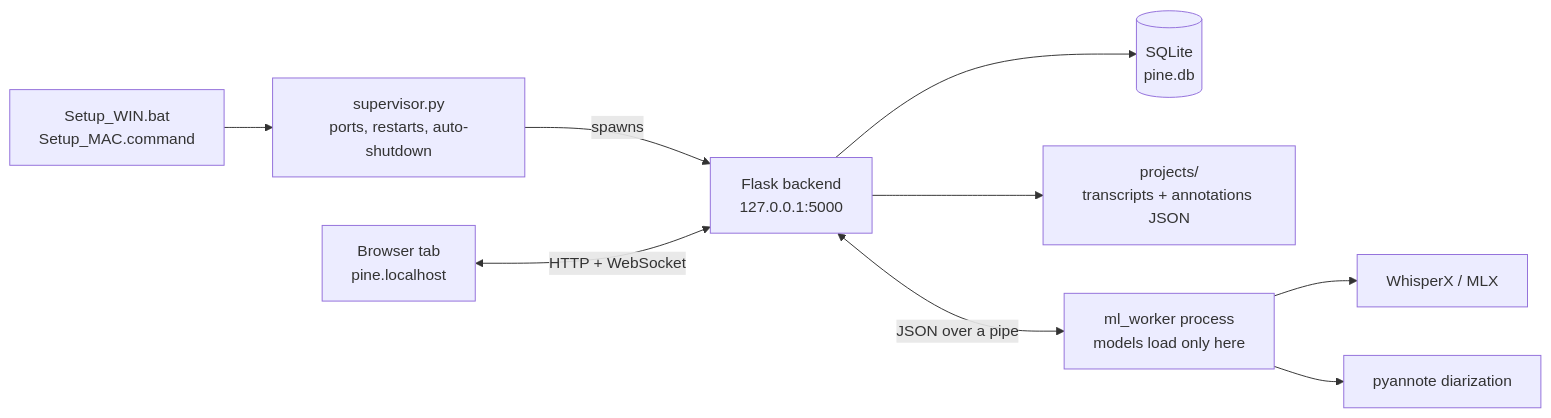
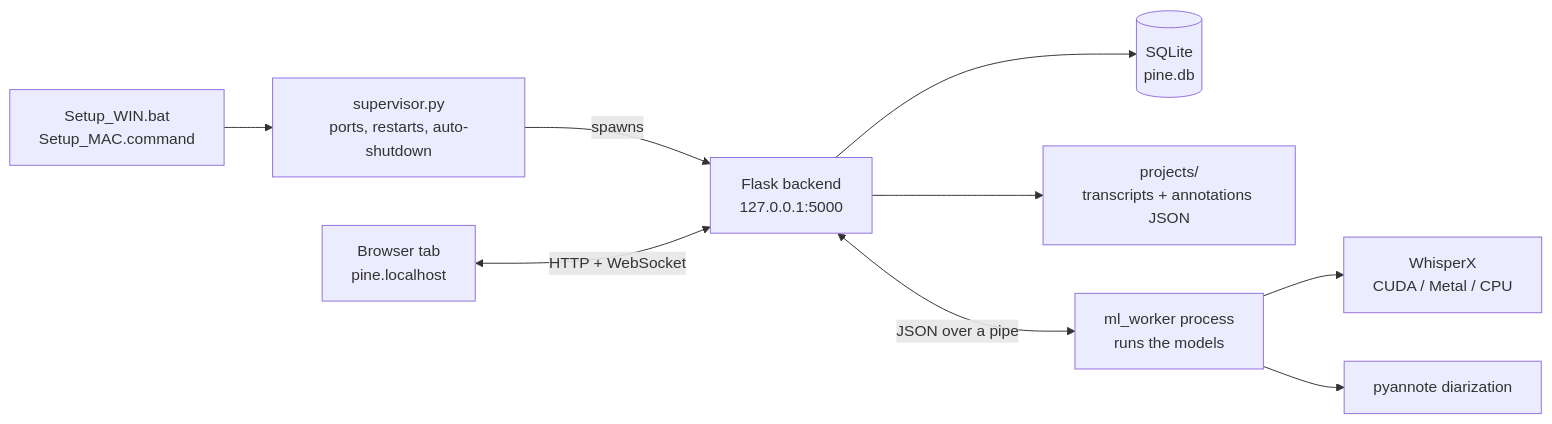
One commit to paul815/PINE changed the diagram in README.md. Above: the diagram before and after it, drawn with Mermaid. The commit also changed other lines of this file and 50 other files, not shown here.

````diff
--- a/README.md
+++ b/README.md
@@ -288,11 +292,11 @@
 ```mermaid
 flowchart LR
     L["Setup_WIN.bat<br/>Setup_MAC.command"] --> S["supervisor.py<br/>ports, restarts, auto-shutdown"]
     S -->|spawns| B["Flask backend<br/>127.0.0.1:5000"]
     BR["Browser tab<br/>pine.localhost"] <-->|HTTP + WebSocket| B
     B --> DB[("SQLite<br/>pine.db")]
     B --> FS["projects/<br/>transcripts + annotations JSON"]
-    B <-->|JSON over a pipe| W["ml_worker process<br/>models load only here"]
-    W --> ASR["WhisperX / MLX"]
+    B <-->|JSON over a pipe| W["ml_worker process<br/>runs the models"]
+    W --> ASR["WhisperX<br/>CUDA / Metal / CPU"]
     W --> DIA["pyannote diarization"]
 ```
````
